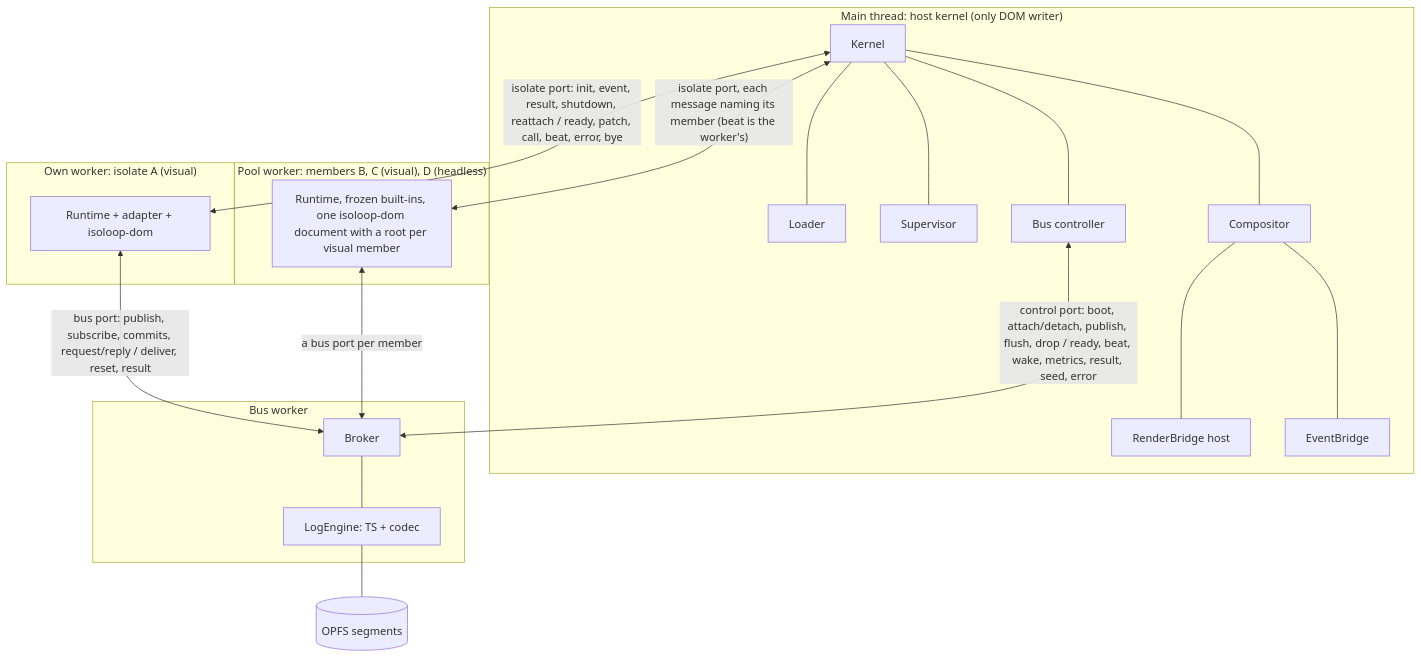
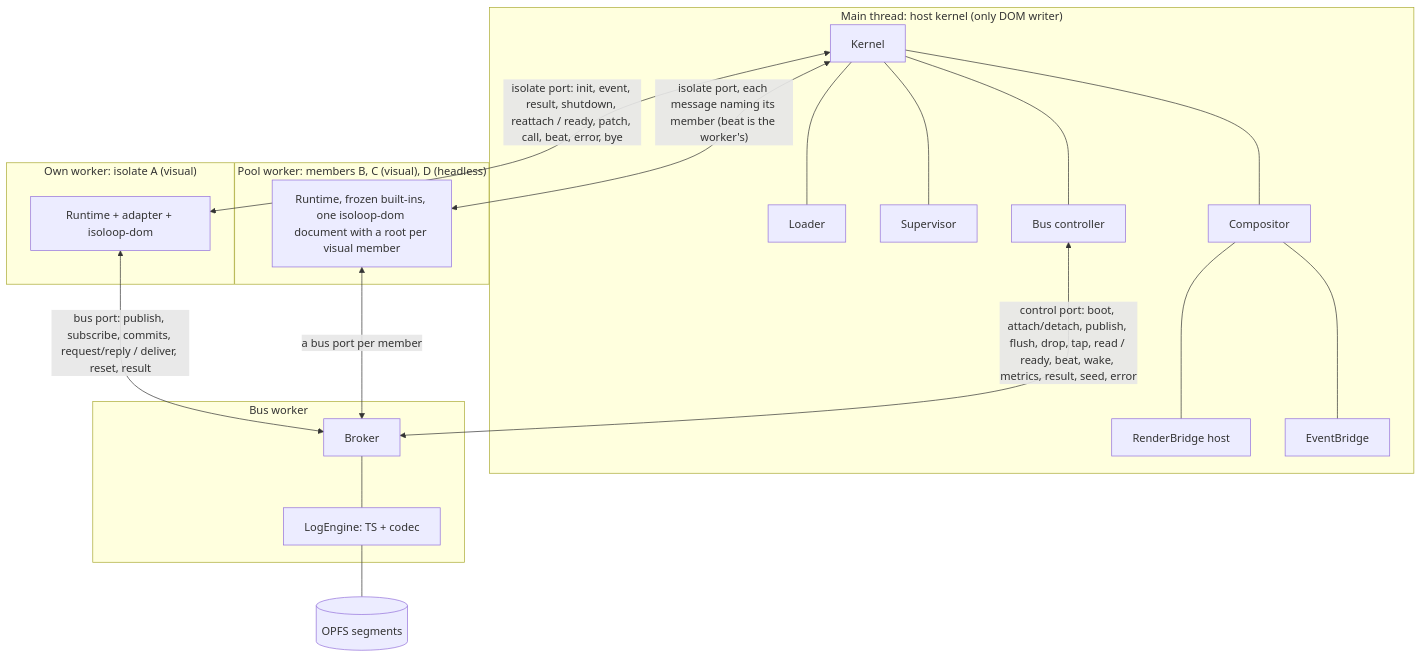
One commit to isoloop/isoloop changed the first of 8 diagrams in docs/design/system-design.md. Above: the diagram before and after it, drawn with Mermaid. The commit also changed other lines of this file and 1 other file, not shown here.

Commit message:
docs(design): tap, read, retained and the metrics' head in the system design; TSDoc on the tap guards

````diff
--- a/docs/design/system-design.md
+++ b/docs/design/system-design.md
@@ -17,28 +17,28 @@
 ```mermaid
 flowchart TB
   subgraph Main["Main thread: host kernel (only DOM writer)"]
     K[Kernel] --- L[Loader]
     K --- S[Supervisor]
     K --- C[Compositor]
     K --- BC[Bus controller]
     C --- RB[RenderBridge host]
     C --- EB[EventBridge]
   end
   subgraph BW["Bus worker"]
     BR[Broker] --- EN[LogEngine: TS + codec]
   end
   OP[(OPFS segments)]
   subgraph PA["Own worker: isolate A (visual)"]
     RA[Runtime + adapter + isoloop-dom]
   end
   subgraph PP["Pool worker: members B, C (visual), D (headless)"]
     RP[Runtime, frozen built-ins, one isoloop-dom document with a root per visual member]
   end
 
   K <-- "isolate port: init, event, result, shutdown, reattach / ready, patch, call, beat, error, bye" --> RA
   K <-- "isolate port, each message naming its member (beat is the worker's)" --> RP
-  BC <-- "control port: boot, attach/detach, publish, flush, drop / ready, beat, wake, metrics, result, seed, error" --> BR
+  BC <-- "control port: boot, attach/detach, publish, flush, drop, tap, read / ready, beat, wake, metrics, result, seed, error" --> BR
   RA <-- "bus port: publish, subscribe, commits, request/reply / deliver, reset, result" --> BR
   RP <-- "a bus port per member" --> BR
   EN --- OP
 ```
````
